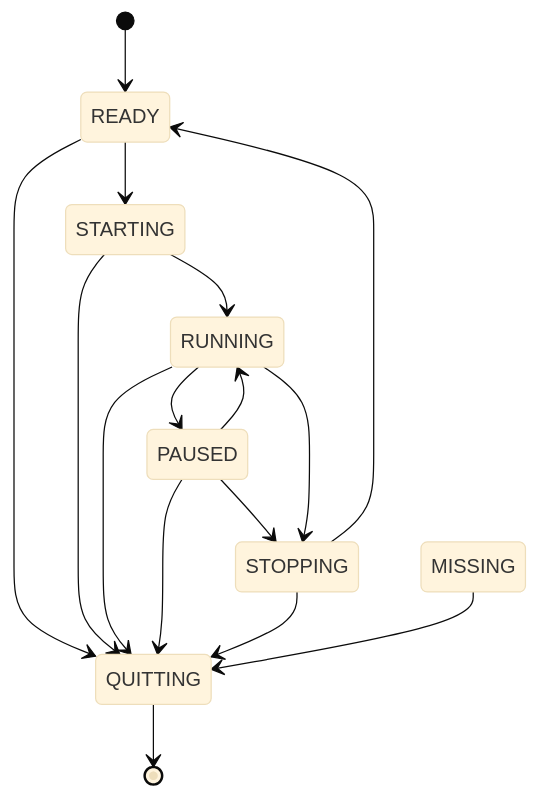
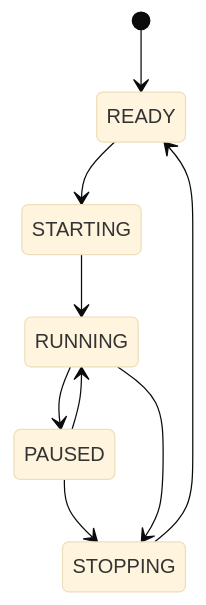
The second of 3 diagrams in docs/STATE_MANAGER_MODULE_DOC.md (hewei198711/Aiotest), drawn with Mermaid (base theme) before and after one commit. The commit also changed other lines of this file and 43 other files, not shown here.

````diff
--- a/docs/STATE_MANAGER_MODULE_DOC.md
+++ b/docs/STATE_MANAGER_MODULE_DOC.md
@@ -170,20 +169,13 @@
 ```mermaid
 
 stateDiagram-v2
     [*] --> READY
     READY --> STARTING
     STARTING --> RUNNING
     RUNNING --> PAUSED
     PAUSED --> RUNNING
     PAUSED --> STOPPING
     RUNNING --> STOPPING
     STOPPING --> READY
-    READY --> QUITTING
-    STARTING --> QUITTING
-    RUNNING --> QUITTING
-    PAUSED --> QUITTING
-    STOPPING --> QUITTING
-    MISSING --> QUITTING
-    QUITTING --> [*]
 
 ```
````
